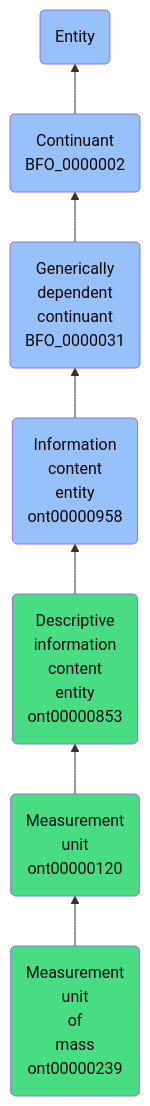
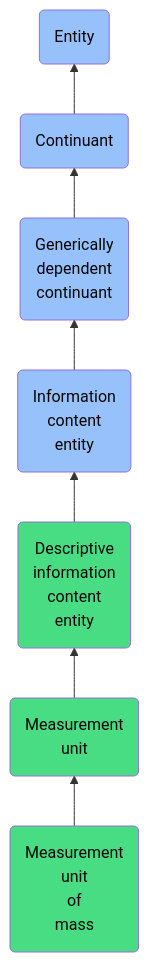
The diagram in docs/ontology/reference/model/Entity/Continuant/Generically dependent continuant/Information content entity/Descriptive information content entity/Measurement unit/Measurement unit of mass/Measurement unit of mass.md (jupyter-naas/abi), drawn with Mermaid before and after one commit. The commit also changed other lines of this file and 1430 other files, not shown here.

````diff
--- a/docs/ontology/reference/model/Entity/Continuant/Generically dependent continuant/Information content entity/Descriptive information content entity/Measurement unit/Measurement unit of mass/Measurement unit of mass.md
+++ b/docs/ontology/reference/model/Entity/Continuant/Generically dependent continuant/Information content entity/Descriptive information content entity/Measurement unit/Measurement unit of mass/Measurement unit of mass.md
@@ -24,14 +24,14 @@
 ```mermaid
 graph BT
-    ont00000239(Measurement<br>unit<br>of<br>mass<br>ont00000239):::ABI-->ont00000120
-    ont00000120(Measurement<br>unit<br>ont00000120):::ABI-->ont00000853
-    ont00000853(Descriptive<br>information<br>content<br>entity<br>ont00000853):::ABI-->ont00000958
-    ont00000958(Information<br>content<br>entity<br>ont00000958):::BFO-->BFO_0000031
-    BFO_0000031(Generically<br>dependent<br>continuant<br>BFO_0000031):::BFO-->BFO_0000002
-    BFO_0000002(Continuant<br>BFO_0000002):::BFO-->BFO_0000001
+    ont00000239(Measurement<br>unit<br>of<br>mass):::ABI-->ont00000120
+    ont00000120(Measurement<br>unit):::ABI-->ont00000853
+    ont00000853(Descriptive<br>information<br>content<br>entity):::ABI-->ont00000958
+    ont00000958(Information<br>content<br>entity):::BFO-->BFO_0000031
+    BFO_0000031(Generically<br>dependent<br>continuant):::BFO-->BFO_0000002
+    BFO_0000002(Continuant):::BFO-->BFO_0000001
     BFO_0000001(Entity):::BFO
     
     classDef BFO fill:#97c1fb,color:#060606
     classDef CCO fill:#e4c51e,color:#060606
     classDef ABI fill:#48DD82,color:#060606
 ```
````
